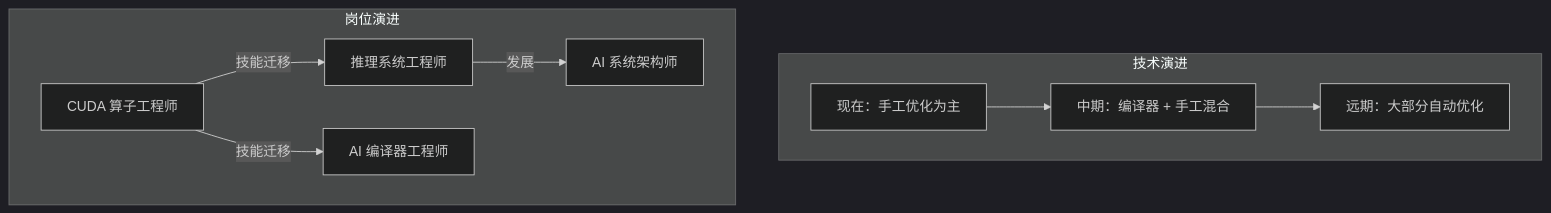
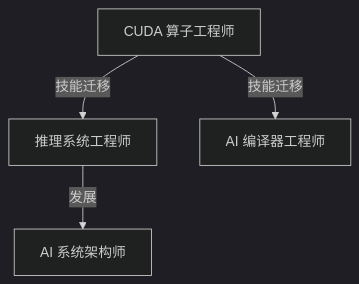
Before and after one commit to jpixy/jpixy.github.io: the tenth of 12 diagrams in content/articles/ai/ai-28-AI技术栈全景图.md, drawn with Mermaid (dark theme). The commit also changed other lines of this file, not shown here.

Commit message:
fix: improve diagram layouts for better vertical display

````diff
--- a/content/articles/ai/ai-28-AI技术栈全景图.md
+++ b/content/articles/ai/ai-28-AI技术栈全景图.md
@@ -420,21 +422,7 @@
 ```mermaid
 graph TB
-    subgraph "技术演进"
-        Now[现在：手工优化为主]
-        Mid[中期：编译器 + 手工混合]
-        Far[远期：大部分自动优化]
-    end
-    
-    Now --> Mid --> Far
-    
-    subgraph "岗位演进"
-        J1[CUDA 算子工程师]
-        J2[推理系统工程师]
-        J3[AI 编译器工程师]
-        J4[AI 系统架构师]
-    end
-    
-    J1 --> |技能迁移| J2
-    J1 --> |技能迁移| J3
-    J2 --> |发展| J4
+    J1[CUDA 算子工程师]
+    J1 -->|技能迁移| J2[推理系统工程师]
+    J1 -->|技能迁移| J3[AI 编译器工程师]
+    J2 -->|发展| J4[AI 系统架构师]
 ```
````
